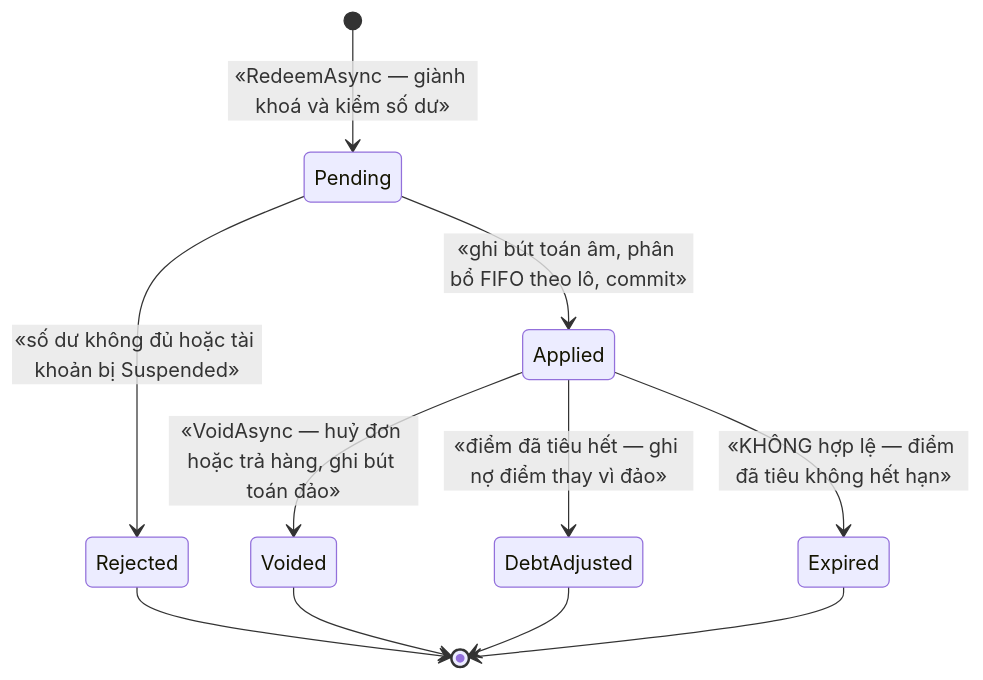
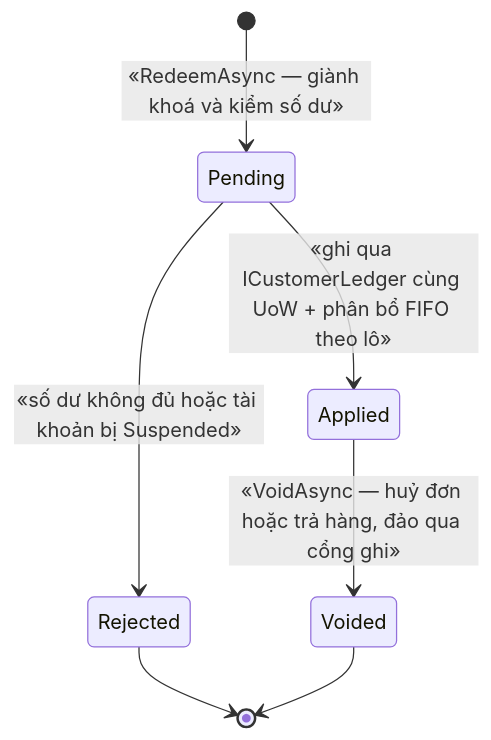
One commit to hungnt9801/eCommerce changed the second of 5 diagrams in docs/features/loyalty/loy-001-diem-thuong.md. Above: the diagram before and after it, drawn with Mermaid. The commit also changed other lines of this file and 9 other files, not shown here.

````diff
--- a/docs/features/loyalty/loy-001-diem-thuong.md
+++ b/docs/features/loyalty/loy-001-diem-thuong.md
@@ -179,13 +189,9 @@
 ```mermaid
 stateDiagram-v2
     [*] --> Pending : «RedeemAsync — giành khoá và kiểm số dư»
-    Pending --> Applied : «ghi bút toán âm, phân bổ FIFO theo lô, commit»
+    Pending --> Applied : «ghi qua ICustomerLedger cùng UoW + phân bổ FIFO theo lô»
     Pending --> Rejected : «số dư không đủ hoặc tài khoản bị Suspended»
-    Applied --> Voided : «VoidAsync — huỷ đơn hoặc trả hàng, ghi bút toán đảo»
-    Applied --> DebtAdjusted : «điểm đã tiêu hết — ghi nợ điểm thay vì đảo»
-    Applied --> Expired : «KHÔNG hợp lệ — điểm đã tiêu không hết hạn»
+    Applied --> Voided : «VoidAsync — huỷ đơn hoặc trả hàng, đảo qua cổng ghi»
     Rejected --> [*]
     Voided --> [*]
-    DebtAdjusted --> [*]
-    Expired --> [*]
 ```
````
